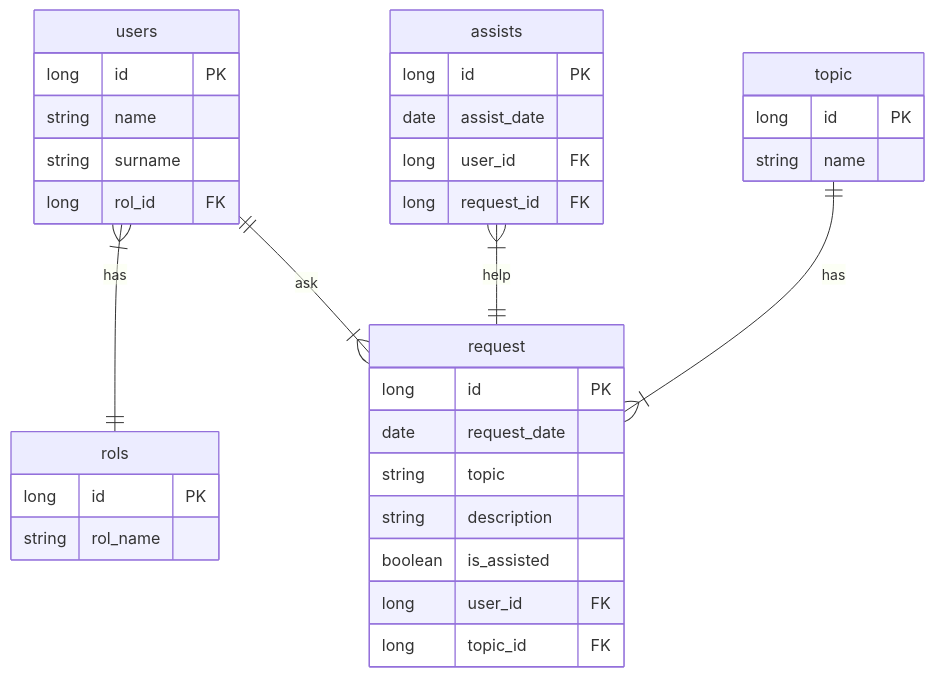
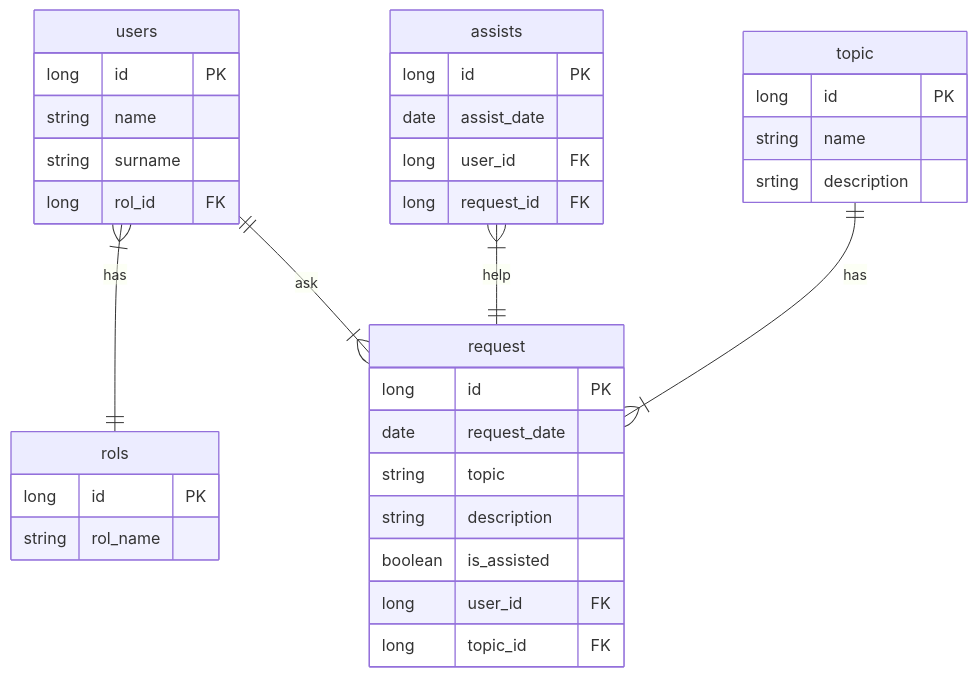
The diagram in README.md (jemb4/project-spring-support-app), drawn with Mermaid before and after one commit. The commit also changed 2 other files, not shown here.

Commit message:
entity: created entity topics

````diff
--- a/README.md
+++ b/README.md
@@ -3,36 +3,37 @@
 ```mermaid
 erDiagram
 users {
   long id PK
   string name
   string surname
   long rol_id FK
 }
 users }|--|| rols : has
 rols {
   long id PK
   string rol_name
 }
 users ||--|{ request : ask
 request {
   long id PK
   date request_date
   string topic
   string description
   boolean is_assisted
   long user_id FK
   long topic_id FK
 }
 assists }|--|| request : help
 assists {
   long id PK
   date assist_date
   long user_id FK
   long request_id FK
 }
 topic ||--|{ request : has
 topic {
   long id PK
   string name
+  srting description
 }
 ```
````
